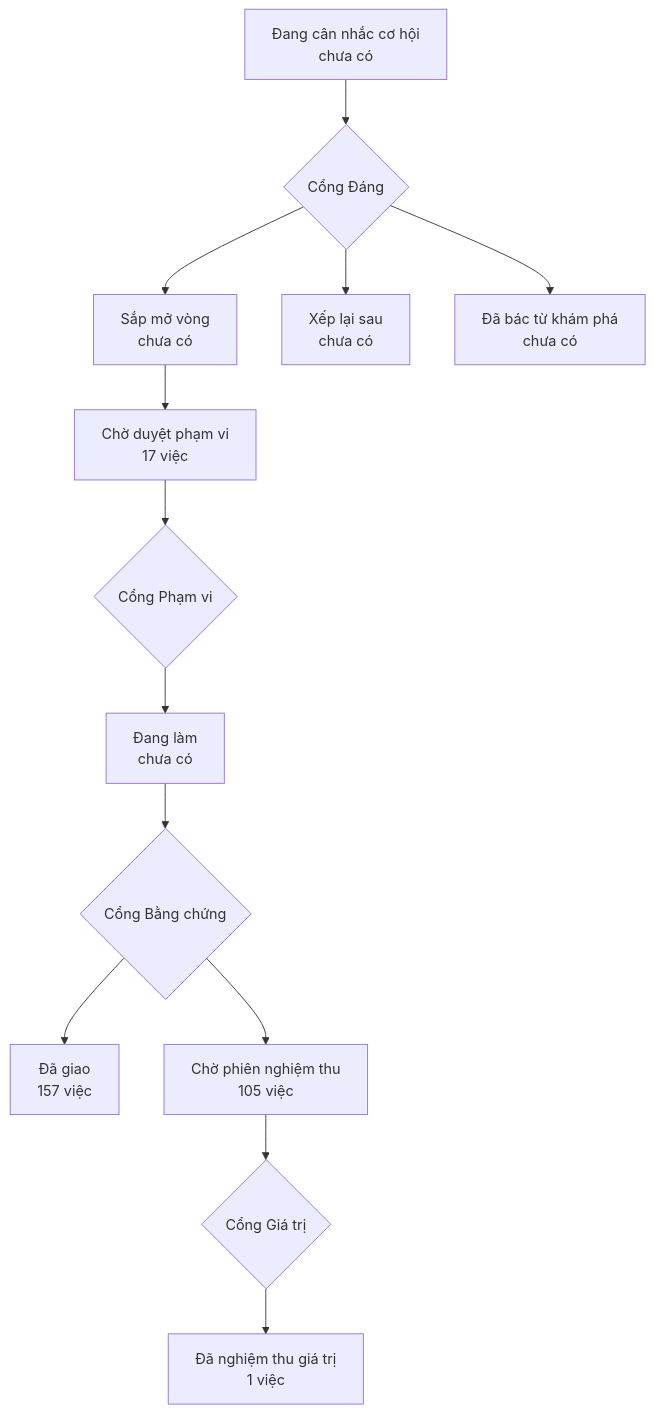
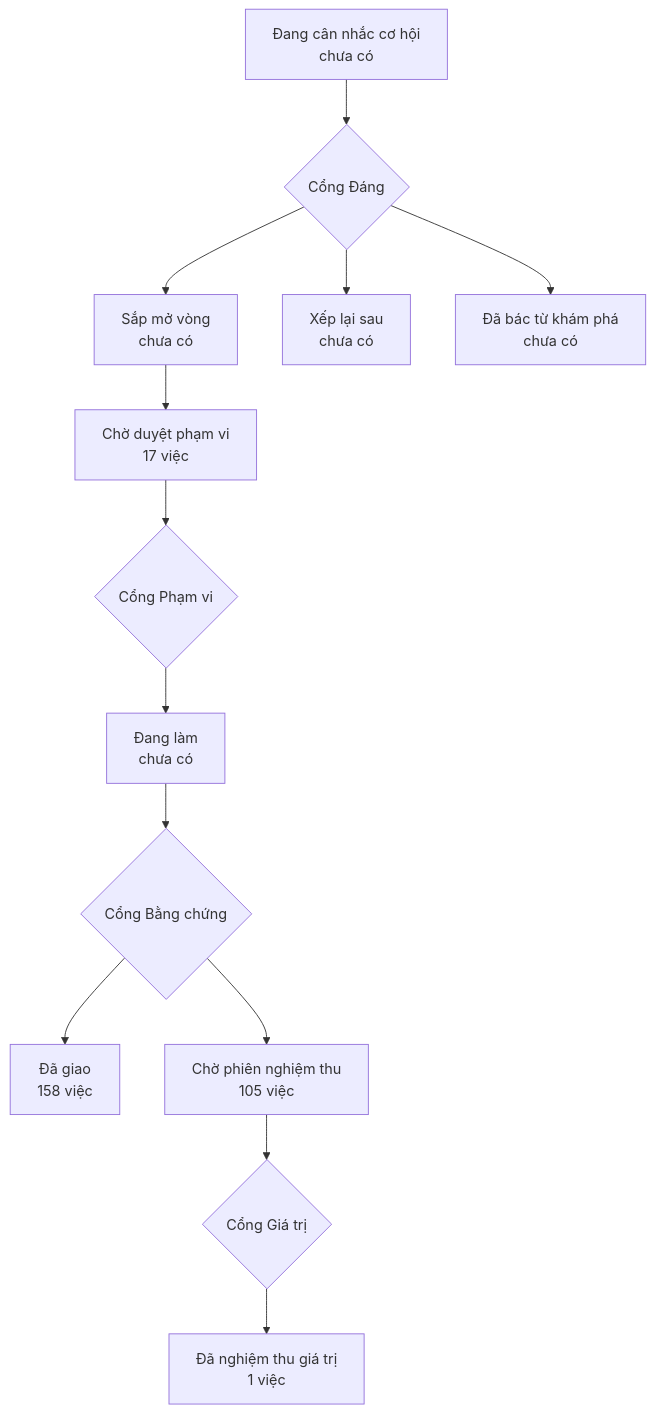
Before and after one commit to phanlemanh/onehub-invest: the diagram in PRODUCT-MAP.md, drawn with Mermaid. The commit also changed other lines of this file and 46 other files, not shown here.

First line of the commit message:
feat(data-flow): Gắn căn = nhận diện duy nhất khớp danh bạ — ba cột Gom cụm · Định vị · Gắn căn, FRAMING §3.4 (#377)

````diff
--- a/PRODUCT-MAP.md
+++ b/PRODUCT-MAP.md
@@ -7,12 +7,12 @@
 ```mermaid
 flowchart TD
   A["Đang cân nhắc cơ hội<br/>chưa có"] --> GD{"Cổng Đáng"}
   GD --> B["Sắp mở vòng<br/>chưa có"]
   GD --> XL["Xếp lại sau<br/>chưa có"]
   GD --> DB["Đã bác từ khám phá<br/>chưa có"]
   B --> CD["Chờ duyệt phạm vi<br/>17 việc"] --> GP{"Cổng Phạm vi"}
   GP --> DL["Đang làm<br/>chưa có"] --> GB{"Cổng Bằng chứng"}
-  GB --> DG["Đã giao<br/>157 việc"]
+  GB --> DG["Đã giao<br/>158 việc"]
   GB --> CN["Chờ phiên nghiệm thu<br/>105 việc"] --> GG{"Cổng Giá trị"}
   GG --> NT["Đã nghiệm thu giá trị<br/>1 việc"]
 ```
````
